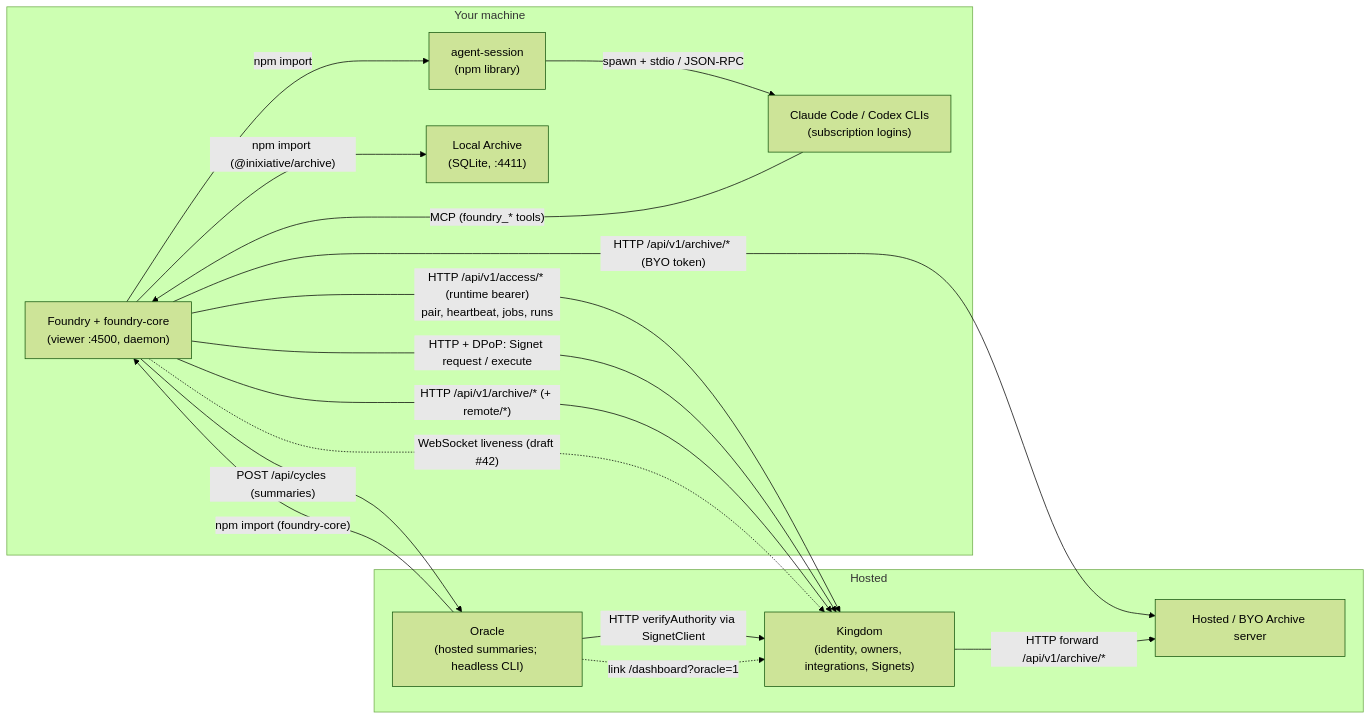
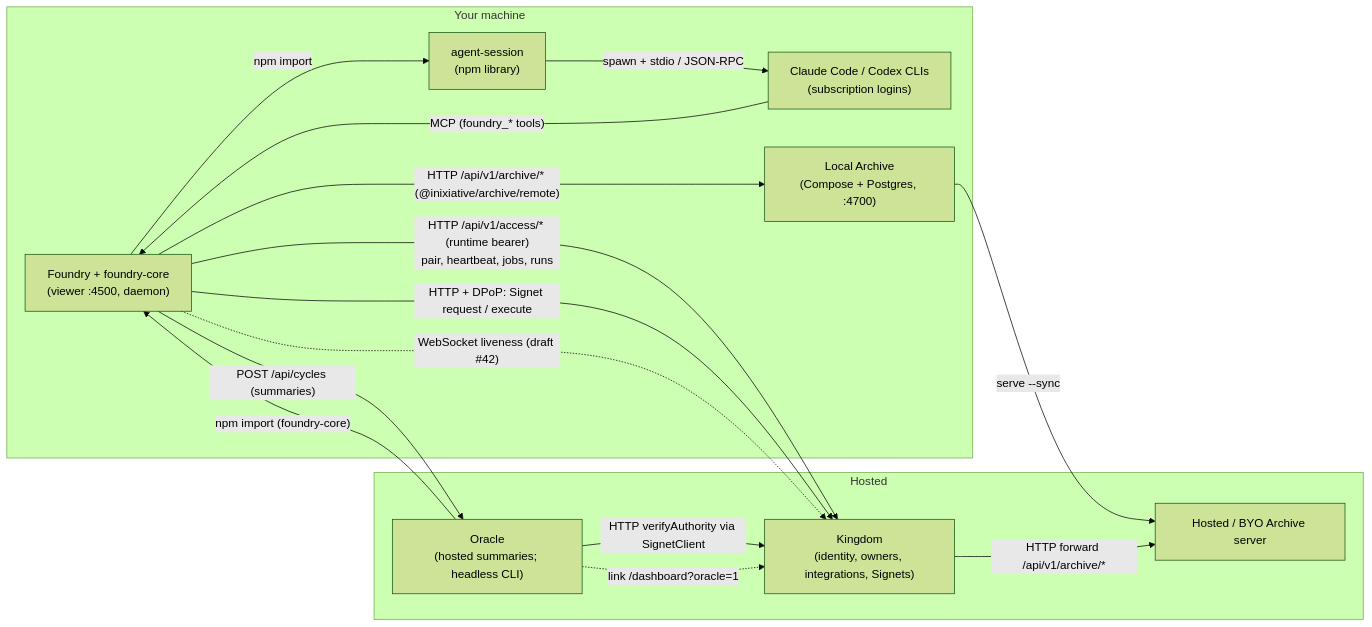
The diagram in docs/SYSTEM-MAP.md (inixiative/foundry), drawn with Mermaid (forest theme) before and after one commit. The commit also changed other lines of this file and 35 other files, not shown here.

First line of the commit message:
feat: write archive captures to the local Archive server

````diff
--- a/docs/SYSTEM-MAP.md
+++ b/docs/SYSTEM-MAP.md
@@ -9,28 +9,27 @@
 ```mermaid
 flowchart LR
   subgraph local["Your machine"]
     F["Foundry + foundry-core<br/>(viewer :4500, daemon)"]
     AS["agent-session<br/>(npm library)"]
     CLI["Claude Code / Codex CLIs<br/>(subscription logins)"]
-    LA["Local Archive<br/>(SQLite, :4411)"]
+    LA["Local Archive<br/>(Compose + Postgres, :4700)"]
   end
   subgraph hosted["Hosted"]
     K["Kingdom<br/>(identity, owners, integrations, Signets)"]
     HA["Hosted / BYO Archive server"]
     O["Oracle<br/>(hosted summaries; headless CLI)"]
   end
   F -- "npm import" --> AS
   AS -- "spawn + stdio / JSON-RPC" --> CLI
   CLI -- "MCP (foundry_* tools)" --> F
-  F -- "npm import (@inixiative/archive)" --> LA
+  F -- "HTTP /api/v1/archive/* (@inixiative/archive/remote)" --> LA
   F -- "HTTP /api/v1/access/* (runtime bearer)<br/>pair, heartbeat, jobs, runs" --> K
   F -- "HTTP + DPoP: Signet request / execute" --> K
-  F -- "HTTP /api/v1/archive/* (+ remote/*)" --> K
   F -. "WebSocket liveness (draft #42)" .-> K
-  F -- "HTTP /api/v1/archive/* (BYO token)" --> HA
+  LA -- "serve --sync" --> HA
   K -- "HTTP forward /api/v1/archive/*" --> HA
   O -- "npm import (foundry-core)" --> F
   O -- "HTTP verifyAuthority via SignetClient" --> K
   F -- "POST /api/cycles (summaries)" --> O
   O -. "link /dashboard?oracle=1" .-> K
 ```
````
